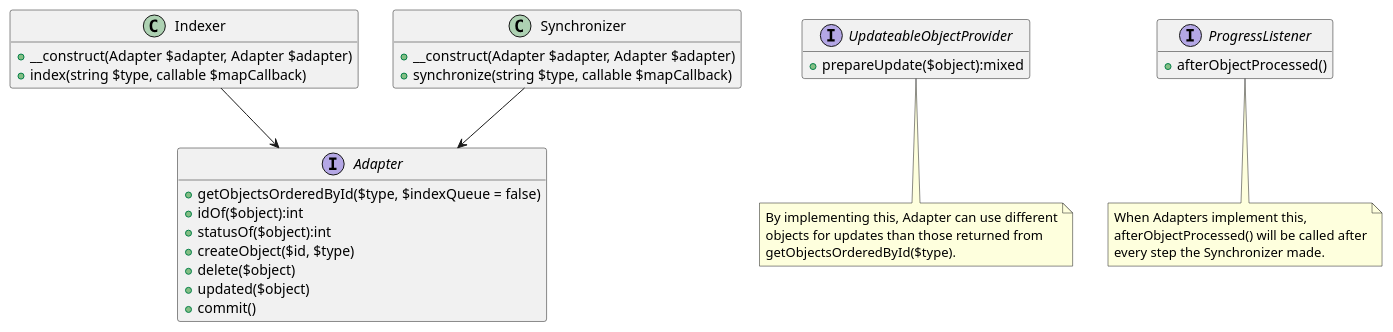
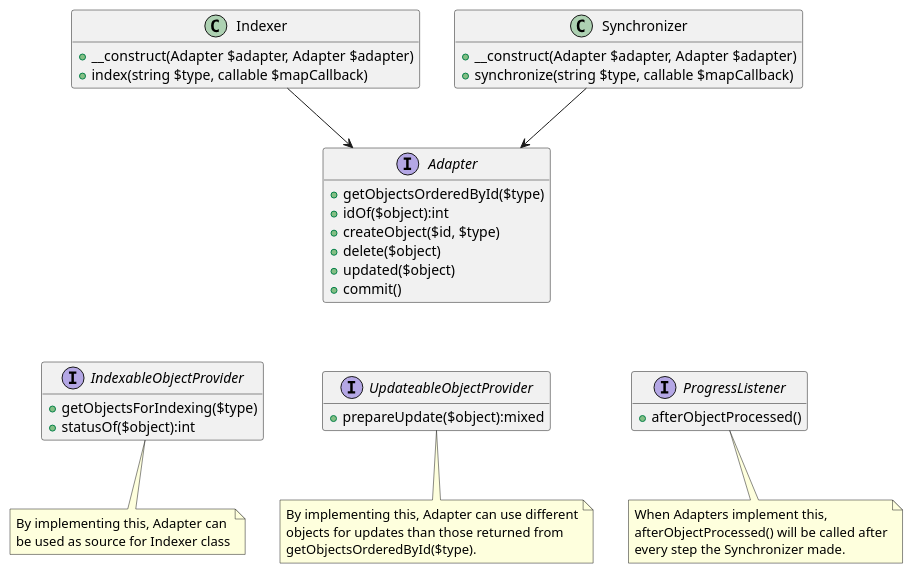
One commit to h69/content-mapping changed the diagram in doc/class-diagram.puml. Above: the diagram before and after it, drawn with PlantUML.

Commit message:
update concept diagram

```diff
--- a/doc/class-diagram.puml
+++ b/doc/class-diagram.puml
@@ -1,39 +1,47 @@
 @startuml
 
 hide empty methods
 hide empty fields
 
 class Indexer {
     +__construct(Adapter $adapter, Adapter $adapter)
     +index(string $type, callable $mapCallback)
 }
 
 class Synchronizer {
     +__construct(Adapter $adapter, Adapter $adapter)
     +synchronize(string $type, callable $mapCallback)
 }
 
 interface Adapter {
-    +getObjectsOrderedById($type, $indexQueue = false)
+    +getObjectsOrderedById($type)
     +idOf($object):int
-    +statusOf($object):int
     +createObject($id, $type)
     +delete($object)
     +updated($object)
     +commit()
 }
+
+interface IndexableObjectProvider {
+    +getObjectsForIndexing($type)
+    +statusOf($object):int
+}
+note bottom: By implementing this, Adapter can\nbe used as source for Indexer class
 
 interface UpdateableObjectProvider {
     +prepareUpdate($object):mixed
 }
 note bottom: By implementing this, Adapter can use different\nobjects for updates than those returned from\ngetObjectsOrderedById($type).
 
 interface ProgressListener {
     +afterObjectProcessed()
 }
 note bottom: When Adapters implement this,\nafterObjectProcessed() will be called after\nevery step the Synchronizer made.
 
 Synchronizer --> Adapter
 Indexer --> Adapter
+Adapter -[hidden]-> IndexableObjectProvider
+Adapter -[hidden]-> UpdateableObjectProvider
+Adapter -[hidden]-> ProgressListener
 
 @enduml
```
